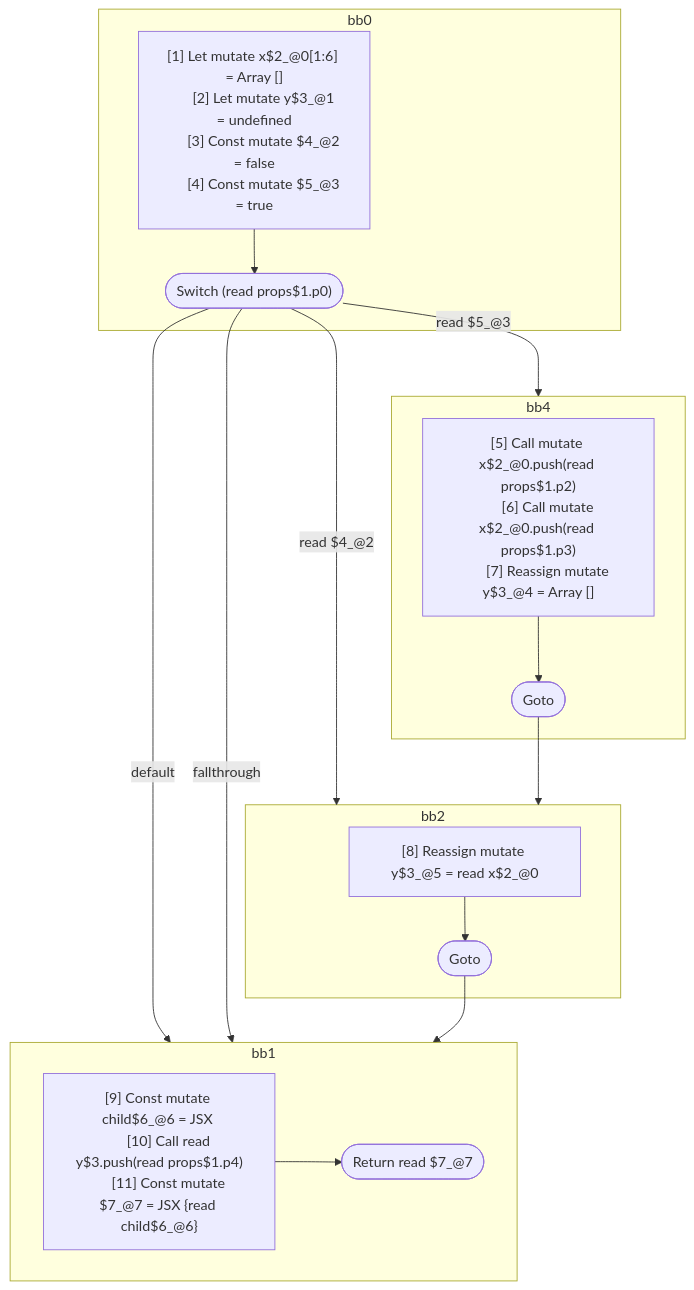
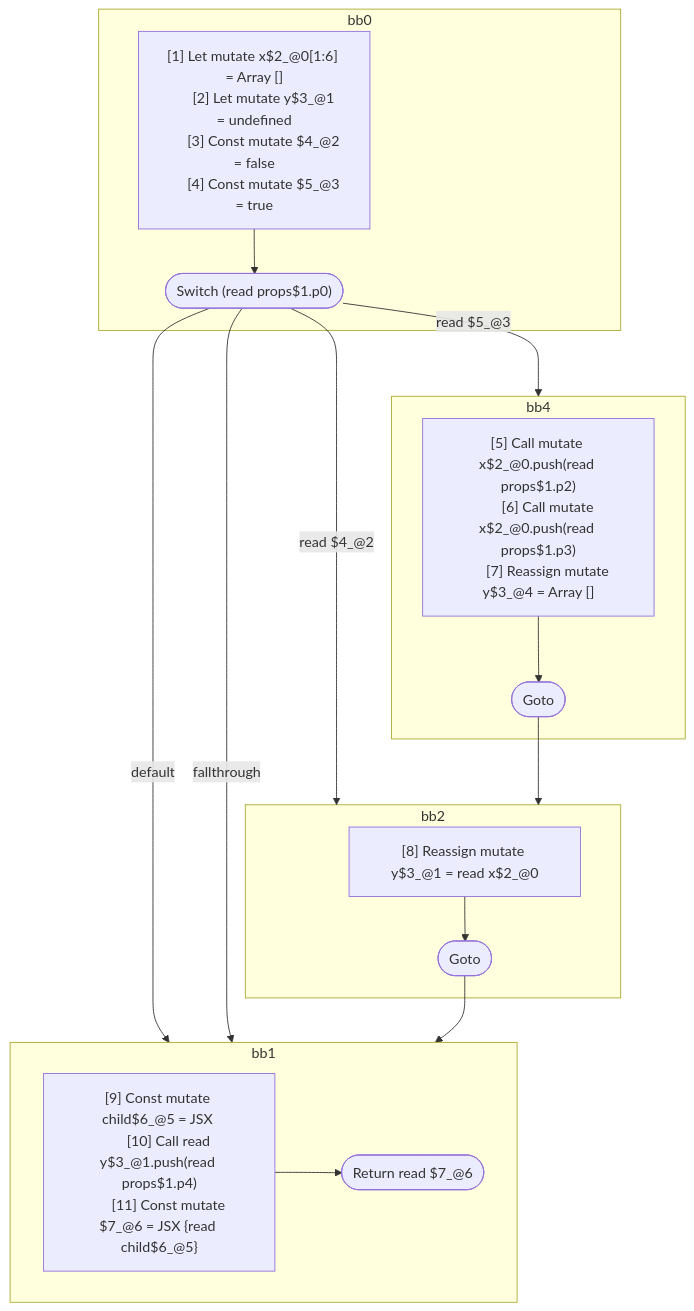
Before and after one commit to wutsmog/private: the diagram in compiler/forget/src/__tests__/fixtures/hir/switch.expect.md, drawn with Mermaid. The commit also changed other lines of this file and 18 other files, not shown here.

````diff
--- a/compiler/forget/src/__tests__/fixtures/hir/switch.expect.md
+++ b/compiler/forget/src/__tests__/fixtures/hir/switch.expect.md
@@ -59,44 +59,44 @@
 ```mermaid
 flowchart TB
   %% Basic Blocks
   subgraph bb0
     bb0_instrs["
       [1] Let mutate x$2_@0[1:6] = Array []
       [2] Let mutate y$3_@1 = undefined
       [3] Const mutate $4_@2 = false
       [4] Const mutate $5_@3 = true
     "]
     bb0_instrs --> bb0_terminal(["Switch (read props$1.p0)"])
   end
   subgraph bb4
     bb4_instrs["
       [5] Call mutate x$2_@0.push(read props$1.p2)
       [6] Call mutate x$2_@0.push(read props$1.p3)
       [7] Reassign mutate y$3_@4 = Array []
     "]
     bb4_instrs --> bb4_terminal(["Goto"])
   end
   subgraph bb2
     bb2_instrs["
-      [8] Reassign mutate y$3_@5 = read x$2_@0
+      [8] Reassign mutate y$3_@1 = read x$2_@0
     "]
     bb2_instrs --> bb2_terminal(["Goto"])
   end
   subgraph bb1
     bb1_instrs["
-      [9] Const mutate child$6_@6 = JSX <read Component$0 data={freeze x$2_@0} ></read Component$0>
-      [10] Call read y$3.push(read props$1.p4)
-      [11] Const mutate $7_@7 = JSX <read Component$0 data={read y$3} >{read child$6_@6}</read Component$0>
+      [9] Const mutate child$6_@5 = JSX <read Component$0 data={freeze x$2_@0} ></read Component$0>
+      [10] Call read y$3_@1.push(read props$1.p4)
+      [11] Const mutate $7_@6 = JSX <read Component$0 data={read y$3_@1} >{read child$6_@5}</read Component$0>
     "]
-    bb1_instrs --> bb1_terminal(["Return read $7_@7"])
+    bb1_instrs --> bb1_terminal(["Return read $7_@6"])
   end
 
   %% Jumps
   bb0_terminal -- read $5_@3 --> bb4
   bb0_terminal -- read $4_@2 --> bb2
   bb0_terminal -- default --> bb1
   bb0_terminal -- fallthrough --> bb1
   bb4_terminal --> bb2
   bb2_terminal --> bb1
 
 ```
````
